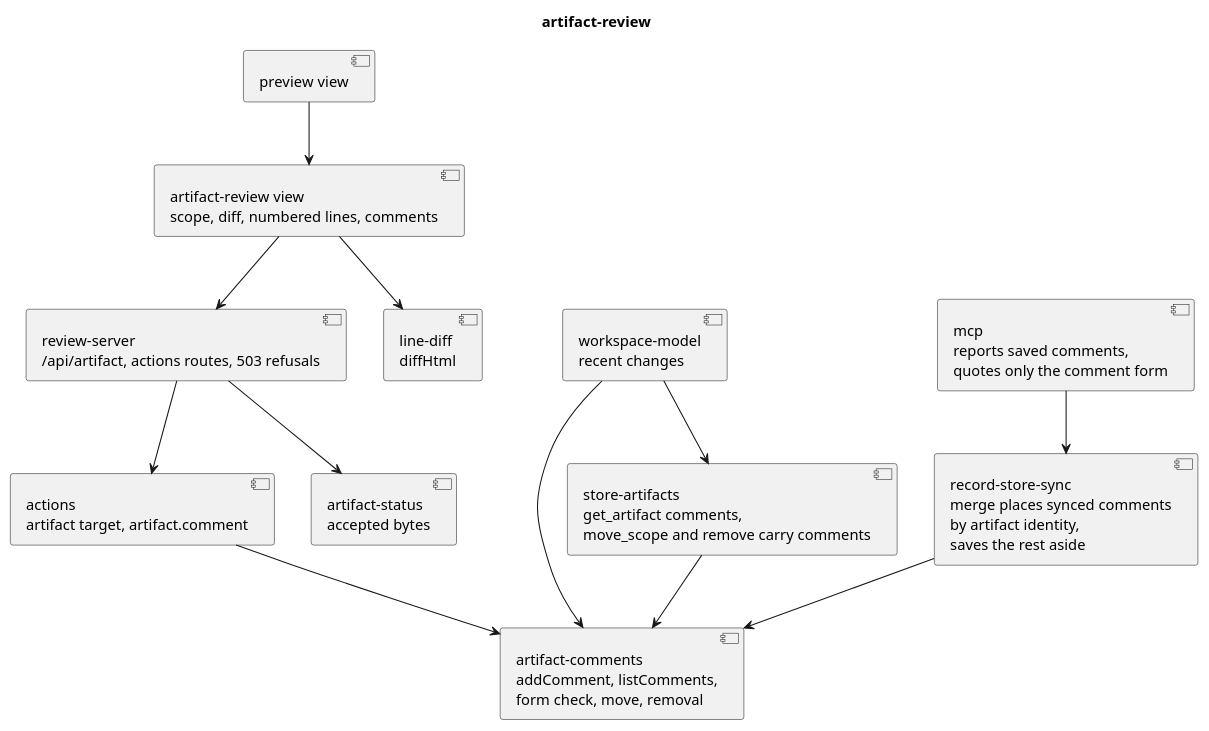
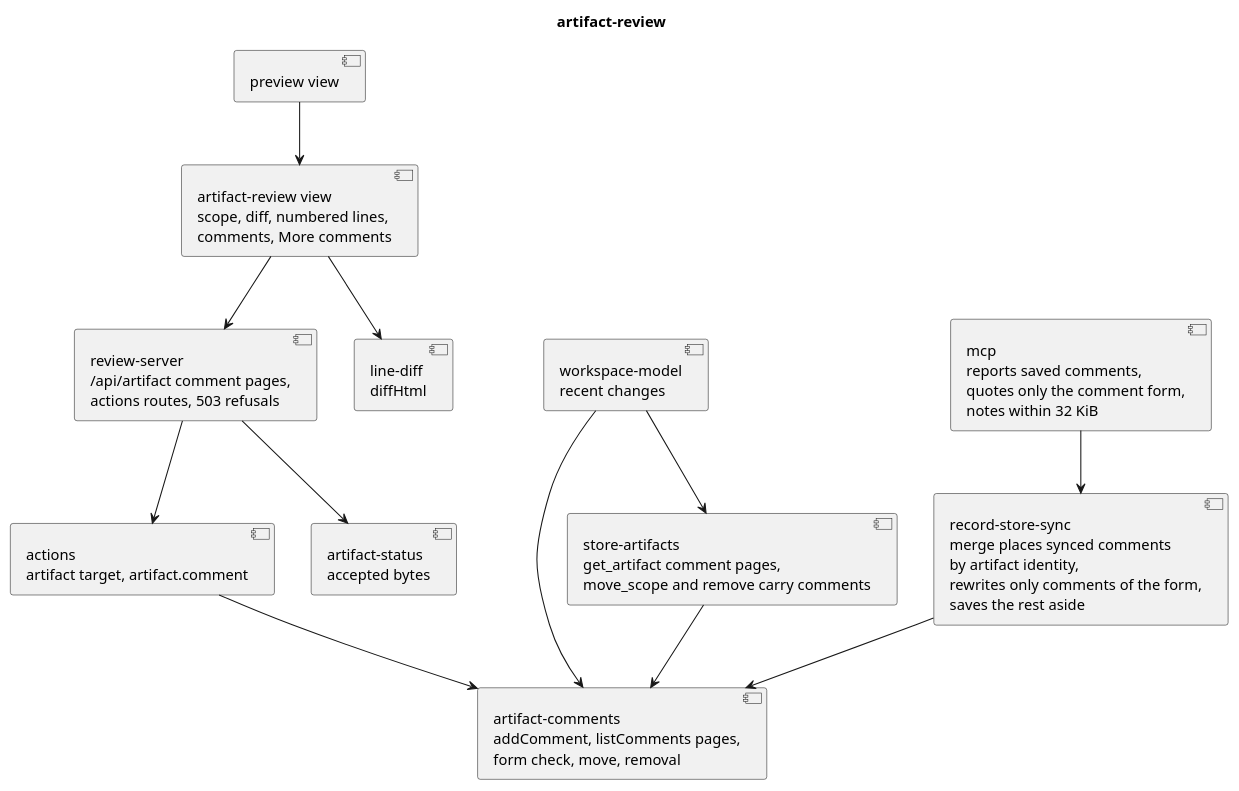
One commit to RumyantsevMichael/Prism changed the diagram in docs/plans/workspace-artifacts/artifact-review/code.puml. Above: the diagram before and after it, drawn with PlantUML. The commit also changed 6 other files, not shown here.

First line of the commit message:
chore: make store identities unique and page artifact comments

```diff
--- a/docs/plans/workspace-artifacts/artifact-review/code.puml
+++ b/docs/plans/workspace-artifacts/artifact-review/code.puml
@@ -1,27 +1,27 @@
 @startuml
 title artifact-review
 
-component "artifact-comments\naddComment, listComments,\nform check, move, removal" as comments
-component "review-server\n/api/artifact, actions routes, 503 refusals" as server
+component "artifact-comments\naddComment, listComments pages,\nform check, move, removal" as comments
+component "review-server\n/api/artifact comment pages,\nactions routes, 503 refusals" as server
 component "actions\nartifact target, artifact.comment" as actions
-component "artifact-review view\nscope, diff, numbered lines, comments" as view
+component "artifact-review view\nscope, diff, numbered lines,\ncomments, More comments" as view
 component "line-diff\ndiffHtml" as diff
 component "preview view" as preview
-component "store-artifacts\nget_artifact comments,\nmove_scope and remove carry comments" as tools
+component "store-artifacts\nget_artifact comment pages,\nmove_scope and remove carry comments" as tools
 component "artifact-status\naccepted bytes" as status
 component "workspace-model\nrecent changes" as model
-component "record-store-sync\nmerge places synced comments\nby artifact identity,\nsaves the rest aside" as sync
-component "mcp\nreports saved comments,\nquotes only the comment form" as mcp
+component "record-store-sync\nmerge places synced comments\nby artifact identity,\nrewrites only comments of the form,\nsaves the rest aside" as sync
+component "mcp\nreports saved comments,\nquotes only the comment form,\nnotes within 32 KiB" as mcp
 
 server --> actions
 actions --> comments
 server --> status
 tools --> comments
 model --> comments
 model --> tools
 sync --> comments
 mcp --> sync
 preview --> view
 view --> diff
 view --> server
 @enduml
```
